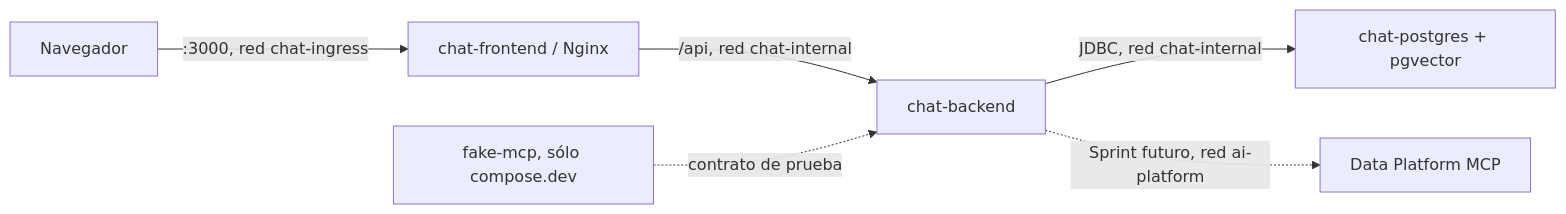
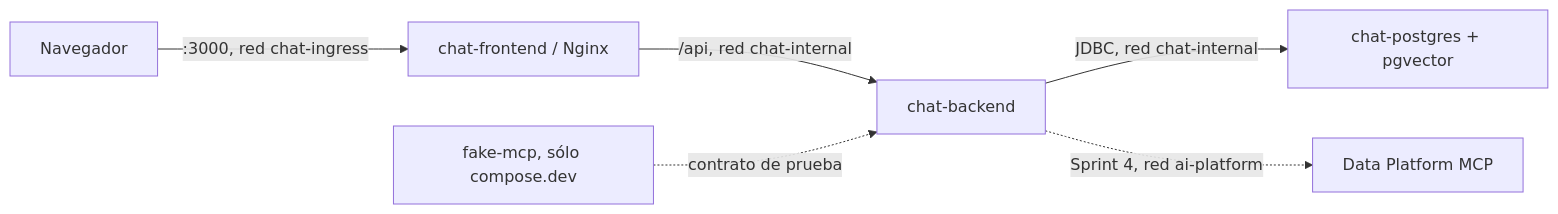
Before and after one commit to 1franky/chat-mcp: the diagram in README.md, drawn with Mermaid. The commit also changed other lines of this file and 72 other files, not shown here.

````diff
--- a/README.md
+++ b/README.md
@@ -15,8 +15,8 @@
 ```mermaid
 flowchart LR
     U["Navegador"] -->|":3000, red chat-ingress"| F["chat-frontend / Nginx"]
     F -->|"/api, red chat-internal"| B["chat-backend"]
     B -->|"JDBC, red chat-internal"| P["chat-postgres + pgvector"]
-    B -.->|"Sprint futuro, red ai-platform"| M["Data Platform MCP"]
+    B -.->|"Sprint 4, red ai-platform"| M["Data Platform MCP"]
     FM["fake-mcp, sólo compose.dev"] -.->|"contrato de prueba"| B
 ```
````
